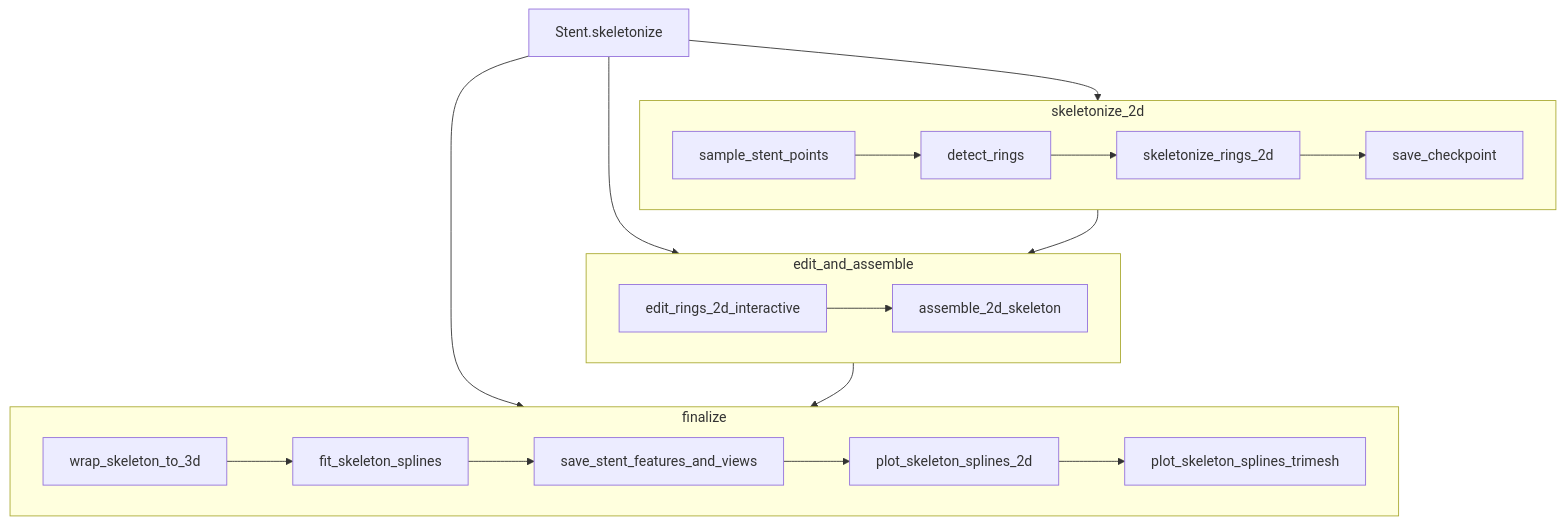
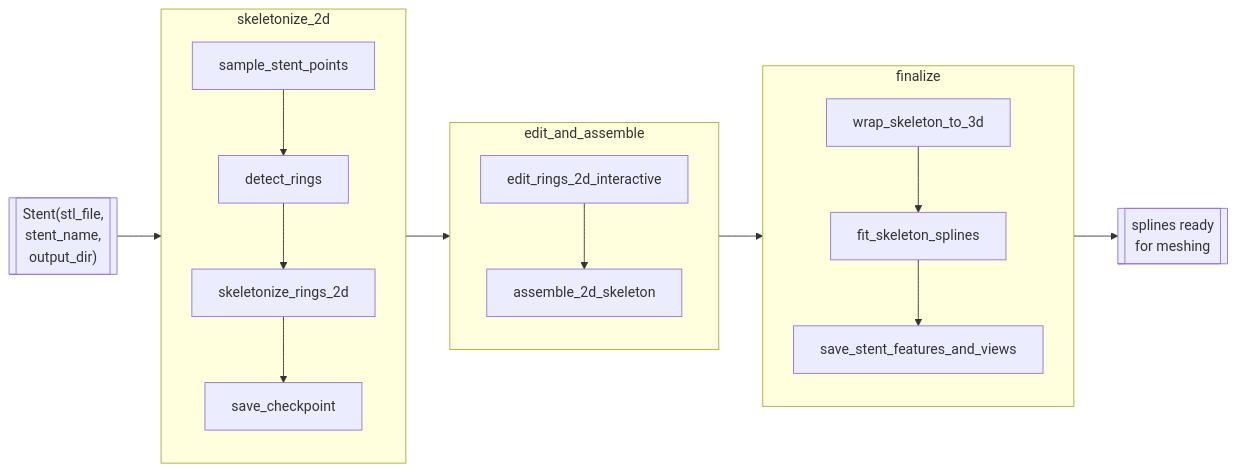
The first of 3 diagrams in docs/workflow.md (VuralAktas/stentFIT), drawn with Mermaid before and after one commit. The commit also changed other lines of this file, not shown here.

````diff
--- a/docs/workflow.md
+++ b/docs/workflow.md
@@ -14,31 +39,16 @@
 ```{mermaid}
-graph TD
-    P[Stent.skeletonize] --> A
-    P --> B
-    P --> C
-
-    subgraph A[skeletonize_2d]
-        A1[sample_stent_points]
-        A2[detect_rings]
-        A3[skeletonize_rings_2d]
-        A4[save_checkpoint]
-        A1 --> A2 --> A3 --> A4
+graph LR
+    subgraph P1[skeletonize_2d]
+        direction TB
+        A1[sample_stent_points] --> A2[detect_rings] --> A3[skeletonize_rings_2d] --> A4[save_checkpoint]
     end
-
-    subgraph B[edit_and_assemble]
-        B1[edit_rings_2d_interactive]
-        B2[assemble_2d_skeleton]
-        B1 --> B2
+    subgraph P2[edit_and_assemble]
+        direction TB
+        B1[edit_rings_2d_interactive] --> B2[assemble_2d_skeleton]
     end
-
-    subgraph C[finalize]
-        C1[wrap_skeleton_to_3d]
-        C2[fit_skeleton_splines]
-        C3[save_stent_features_and_views]
-        C4[plot_skeleton_splines_2d]
-        C5[plot_skeleton_splines_trimesh]
-        C1 --> C2 --> C3 --> C4 --> C5
+    subgraph P3[finalize]
+        direction TB
+        C1[wrap_skeleton_to_3d] --> C2[fit_skeleton_splines] --> C3[save_stent_features_and_views]
     end
-
-    A --> B --> C
+    S[["Stent(stl_file,<br/>stent_name,<br/>output_dir)"]] --> P1 --> P2 --> P3 --> D[["splines ready<br/>for meshing"]]
 ```
````
